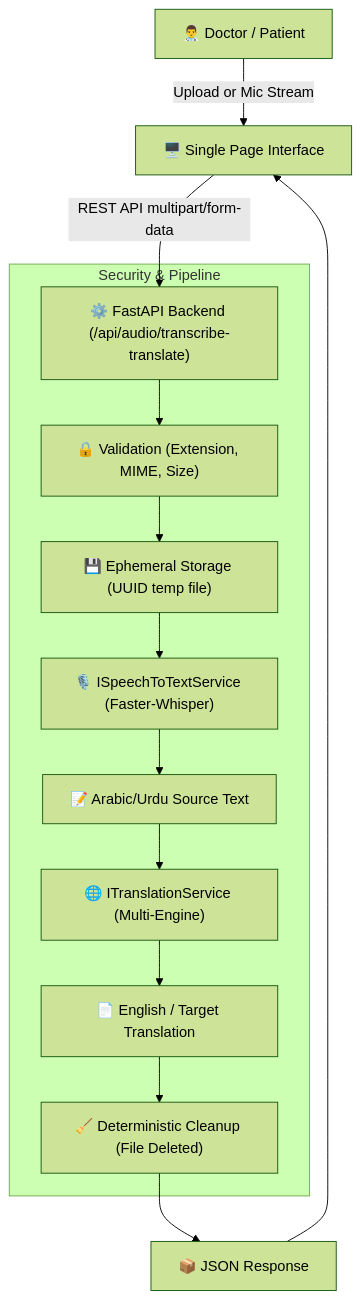
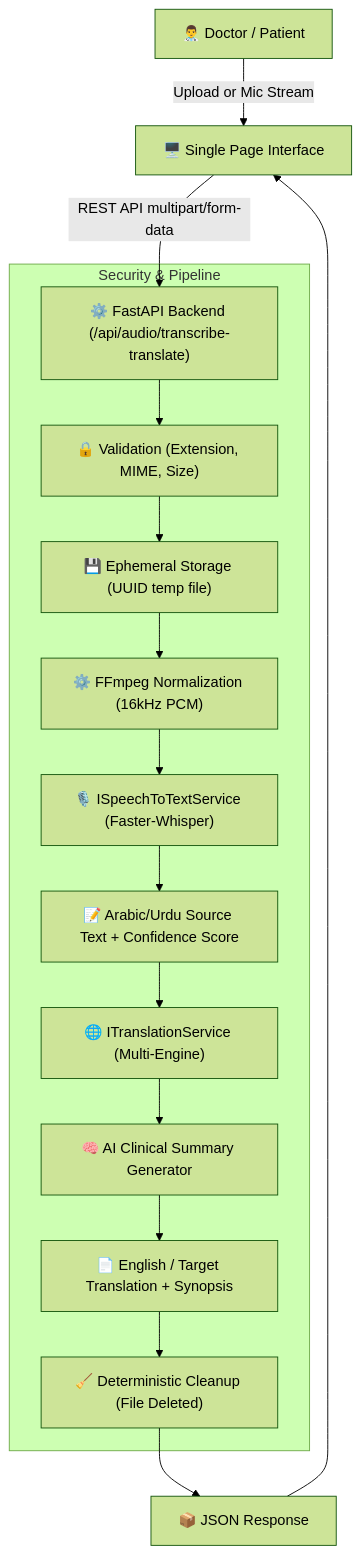
Before and after one commit to zuha16817/doctor-audio-translator: the diagram in README.md, drawn with Mermaid (forest theme). The commit also changed other lines of this file, not shown here.

````diff
--- a/README.md
+++ b/README.md
@@ -22,18 +25,20 @@
 ```mermaid
 graph TD
     User["👨‍⚕️ Doctor / Patient"] -->|Upload or Mic Stream| UI["🖥️ Single Page Interface"]
     UI -->|REST API multipart/form-data| Backend["⚙️ FastAPI Backend (/api/audio/transcribe-translate)"]
     
     subgraph Security & Pipeline
         Backend --> Validate["🔒 Validation (Extension, MIME, Size)"]
         Validate --> Ephemeral["💾 Ephemeral Storage (UUID temp file)"]
-        Ephemeral --> STT["🎙️ ISpeechToTextService (Faster-Whisper)"]
-        STT --> Trans["📝 Arabic/Urdu Source Text"]
+        Ephemeral --> Preprocess["⚙️ FFmpeg Normalization (16kHz PCM)"]
+        Preprocess --> STT["🎙️ ISpeechToTextService (Faster-Whisper)"]
+        STT --> Trans["📝 Arabic/Urdu Source Text + Confidence Score"]
         Trans --> Translate["🌐 ITranslationService (Multi-Engine)"]
-        Translate --> Result["📄 English / Target Translation"]
+        Translate --> Summary["🧠 AI Clinical Summary Generator"]
+        Summary --> Result["📄 English / Target Translation + Synopsis"]
         Result --> Cleanup["🧹 Deterministic Cleanup (File Deleted)"]
     end
     
     Cleanup --> Response["📦 JSON Response"]
     Response --> UI
 ```
````
